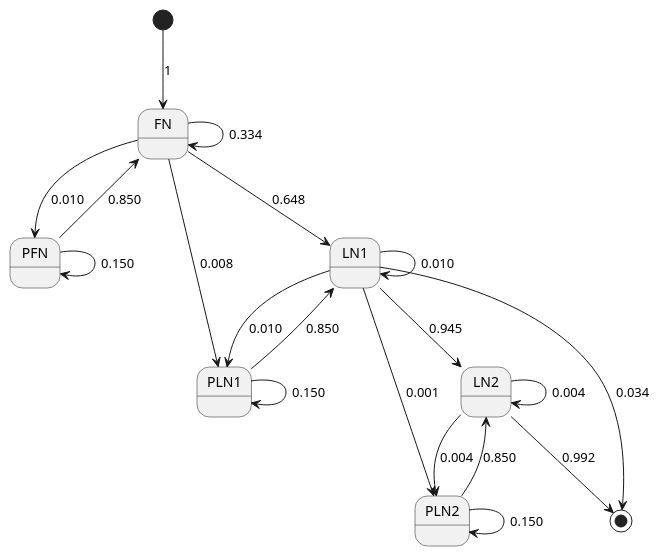
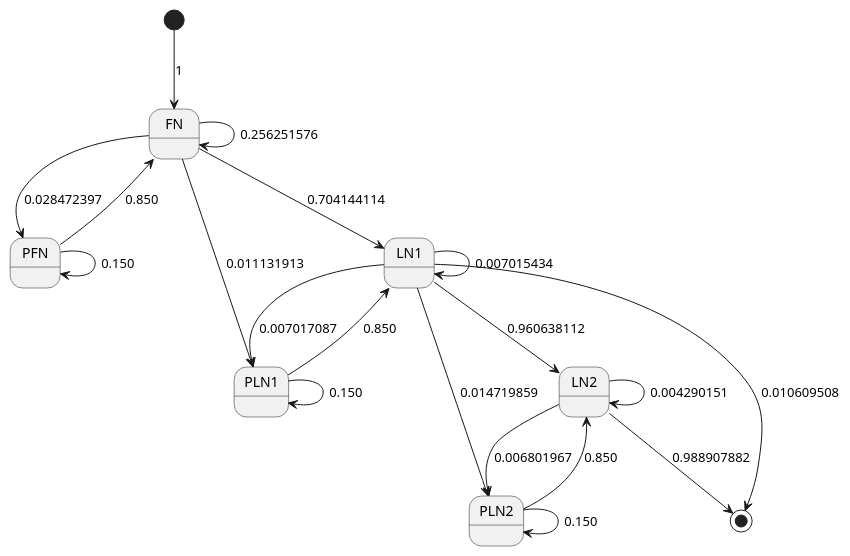
One commit to lla11358/hmm-name-parser changed the diagram in doc/state_diagram_fn_ln.puml. Above: the diagram before and after it, drawn with PlantUML. The commit also changed 7 other files, not shown here.

```diff
--- a/doc/state_diagram_fn_ln.puml
+++ b/doc/state_diagram_fn_ln.puml
@@ -1,23 +1,23 @@
 @startuml Name Parser State Diagram - First name first
 
 [*] --> FN: 1
-FN --> FN: 0.334
-FN --> PFN: 0.010
-FN --> LN1: 0.648
-FN --> PLN1: 0.008
+FN --> FN: 0.256251576
+FN --> PFN: 0.028472397
+FN --> LN1: 0.704144114
+FN --> PLN1: 0.011131913
 PFN --> PFN: 0.150
 PFN --> FN: 0.850
-LN1 --> LN1: 0.010
-LN1 --> PLN1: 0.010
-LN1 --> LN2: 0.945
-LN1 --> PLN2: 0.001
-LN1 --> [*]: 0.034
+LN1 --> LN1: 0.007015434
+LN1 --> PLN1: 0.007017087
+LN1 --> LN2: 0.960638112
+LN1 --> PLN2: 0.014719859
+LN1 --> [*]: 0.010609508
 PLN1 --> PLN1: 0.150
 PLN1 --> LN1: 0.850
-LN2 --> LN2: 0.004
-LN2 --> PLN2: 0.004
-LN2 --> [*]: 0.992
+LN2 --> LN2: 0.004290151
+LN2 --> PLN2: 0.006801967
+LN2 --> [*]: 0.988907882
 PLN2 --> PLN2: 0.150
 PLN2 --> LN2: 0.850
 
 @enduml
```
